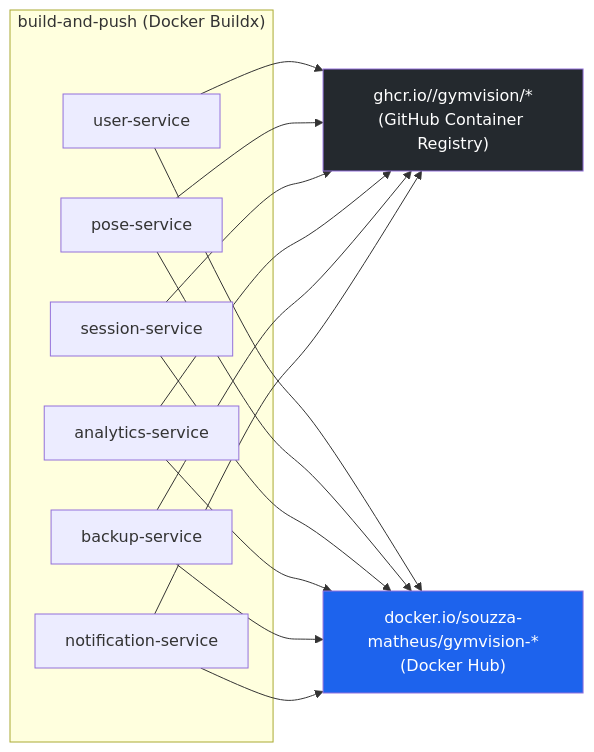
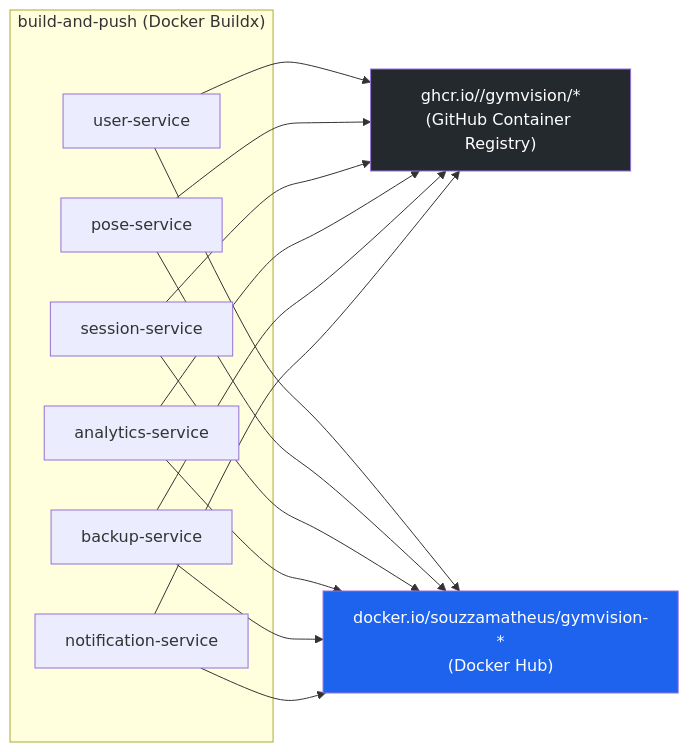
The second of 4 diagrams in CI_CD_VISUAL.md (souzza-matheus/gym), drawn with Mermaid before and after one commit. The commit also changed 4 other files, not shown here.

First line of the commit message:
ci(cd): corrige usuário do Docker Hub para souzzamatheus

````diff
--- a/CI_CD_VISUAL.md
+++ b/CI_CD_VISUAL.md
@@ -57,20 +57,20 @@
 ```mermaid
 flowchart LR
     subgraph Build["build-and-push (Docker Buildx)"]
         US[user-service]
         PS[pose-service]
         SS[session-service]
         AS[analytics-service]
         BS[backup-service]
         NS[notification-service]
     end
 
     GHCR["ghcr.io/<owner>/gymvision/*<br/>(GitHub Container Registry)"]
-    DH["docker.io/souzza-matheus/gymvision-*<br/>(Docker Hub)"]
+    DH["docker.io/souzzamatheus/gymvision-*<br/>(Docker Hub)"]
 
     US & PS & SS & AS & BS & NS --> GHCR
     US & PS & SS & AS & BS & NS --> DH
 
     style GHCR fill:#24292e,color:#fff
     style DH fill:#1d63ed,color:#fff
 ```
````
